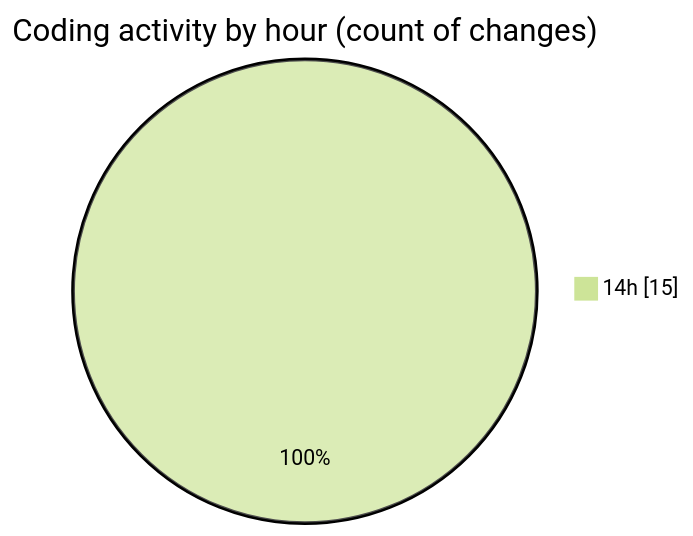
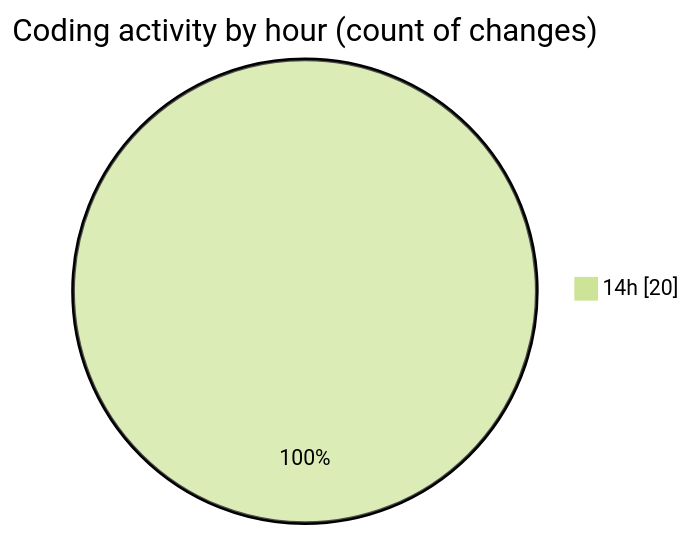
The second of 2 diagrams in 2025-08-26/nxtqube_webapp/README.md (nxtqubesakshisongat/code-tracking), drawn with Mermaid (forest theme) before and after one commit. The commit also changed other lines of this file and 1 other file, not shown here.

````diff
--- a/2025-08-26/nxtqube_webapp/README.md
+++ b/2025-08-26/nxtqube_webapp/README.md
@@ -30,5 +31,5 @@
 ```mermaid
 pie showData
 title Coding activity by hour (count of changes)
-"14h" : 15
+"14h" : 20
 ```
````
